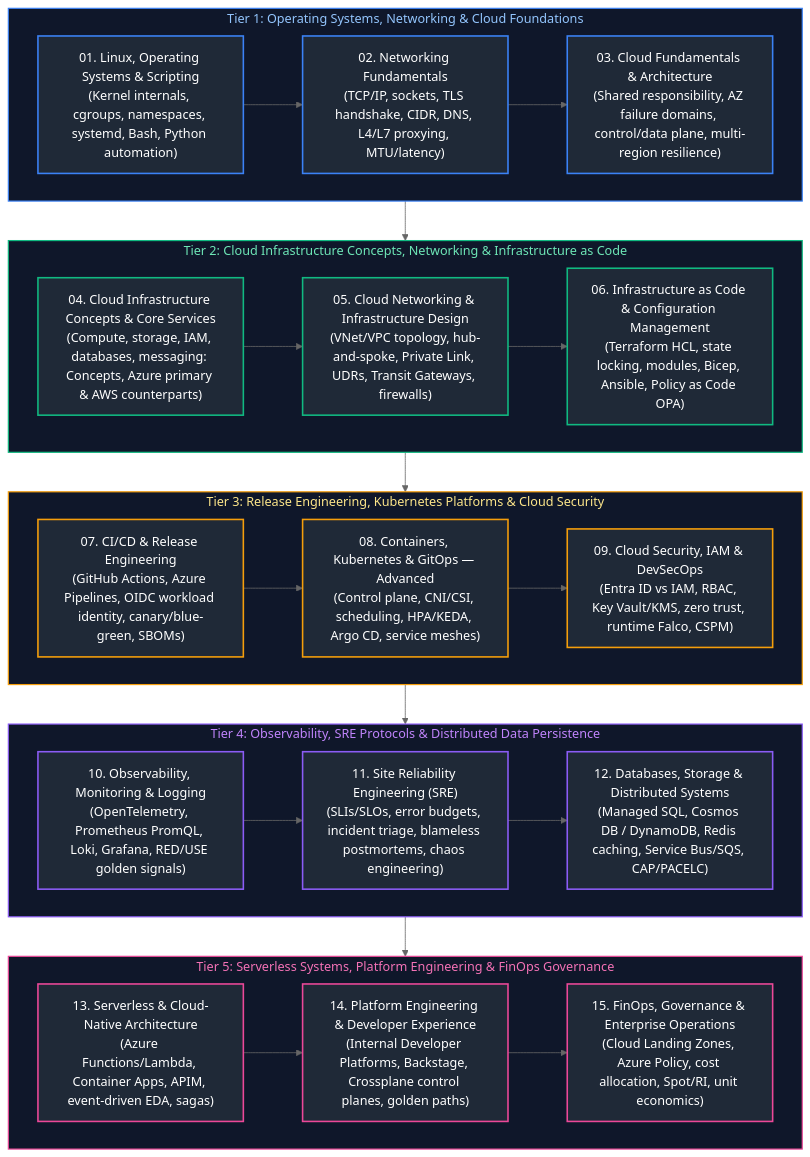
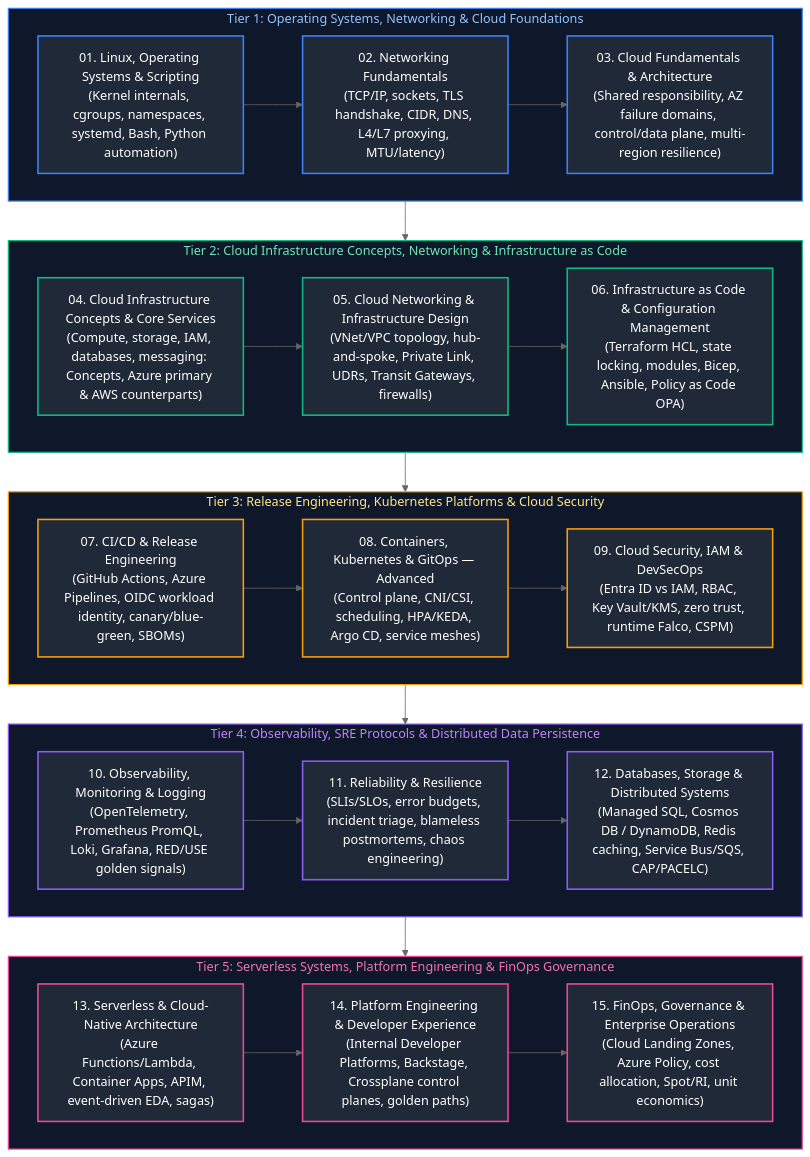
The diagram in Cloud Engineering/00_cloud_study_guide_and_index.md (joydeep-biswas/Interview-Preparation), drawn with Mermaid (neutral theme) before and after one commit. The commit also changed other lines of this file and 143 other files, not shown here.

````diff
--- a/Cloud Engineering/00_cloud_study_guide_and_index.md
+++ b/Cloud Engineering/00_cloud_study_guide_and_index.md
@@ -11,59 +11,59 @@
 ```mermaid
 flowchart TD
     subgraph Tier1 ["Tier 1: Operating Systems, Networking & Cloud Foundations"]
         M1["01. Linux, Operating Systems & Scripting<br/>(Kernel internals, cgroups, namespaces, systemd, Bash, Python automation)"]
         --> M2["02. Networking Fundamentals<br/>(TCP/IP, sockets, TLS handshake, CIDR, DNS, L4/L7 proxying, MTU/latency)"]
         --> M3["03. Cloud Fundamentals & Architecture<br/>(Shared responsibility, AZ failure domains, control/data plane, multi-region resilience)"]
     end
 
     subgraph Tier2 ["Tier 2: Cloud Infrastructure Concepts, Networking & Infrastructure as Code"]
         M4["04. Cloud Infrastructure Concepts & Core Services<br/>(Compute, storage, IAM, databases, messaging: Concepts, Azure primary & AWS counterparts)"]
         --> M5["05. Cloud Networking & Infrastructure Design<br/>(VNet/VPC topology, hub-and-spoke, Private Link, UDRs, Transit Gateways, firewalls)"]
         --> M6["06. Infrastructure as Code & Configuration Management<br/>(Terraform HCL, state locking, modules, Bicep, Ansible, Policy as Code OPA)"]
     end
 
     subgraph Tier3 ["Tier 3: Release Engineering, Kubernetes Platforms & Cloud Security"]
         M7["07. CI/CD & Release Engineering<br/>(GitHub Actions, Azure Pipelines, OIDC workload identity, canary/blue-green, SBOMs)"]
         --> M8["08. Containers, Kubernetes & GitOps — Advanced<br/>(Control plane, CNI/CSI, scheduling, HPA/KEDA, Argo CD, service meshes)"]
         --> M9["09. Cloud Security, IAM & DevSecOps<br/>(Entra ID vs IAM, RBAC, Key Vault/KMS, zero trust, runtime Falco, CSPM)"]
     end
 
     subgraph Tier4 ["Tier 4: Observability, SRE Protocols & Distributed Data Persistence"]
         M10["10. Observability, Monitoring & Logging<br/>(OpenTelemetry, Prometheus PromQL, Loki, Grafana, RED/USE golden signals)"]
-        --> M11["11. Site Reliability Engineering (SRE)<br/>(SLIs/SLOs, error budgets, incident triage, blameless postmortems, chaos engineering)"]
+        --> M11["11. Reliability & Resilience<br/>(SLIs/SLOs, error budgets, incident triage, blameless postmortems, chaos engineering)"]
         --> M12["12. Databases, Storage & Distributed Systems<br/>(Managed SQL, Cosmos DB / DynamoDB, Redis caching, Service Bus/SQS, CAP/PACELC)"]
     end
 
     subgraph Tier5 ["Tier 5: Serverless Systems, Platform Engineering & FinOps Governance"]
         M13["13. Serverless & Cloud-Native Architecture<br/>(Azure Functions/Lambda, Container Apps, APIM, event-driven EDA, sagas)"]
         --> M14["14. Platform Engineering & Developer Experience<br/>(Internal Developer Platforms, Backstage, Crossplane control planes, golden paths)"]
         --> M15["15. FinOps, Governance & Enterprise Operations<br/>(Cloud Landing Zones, Azure Policy, cost allocation, Spot/RI, unit economics)"]
     end
 
     Tier1 --> Tier2
     Tier2 --> Tier3
     Tier3 --> Tier4
     Tier4 --> Tier5
 
     style Tier1 fill:#0f172a,stroke:#3b82f6,stroke-width:1.5px,color:#93c5fd
     style Tier2 fill:#0f172a,stroke:#10b981,stroke-width:1.5px,color:#6ee7b7
     style Tier3 fill:#0f172a,stroke:#f59e0b,stroke-width:1.5px,color:#fde68a
     style Tier4 fill:#0f172a,stroke:#8b5cf6,stroke-width:1.5px,color:#c084fc
     style Tier5 fill:#0f172a,stroke:#ec4899,stroke-width:1.5px,color:#f472b6
 
     style M1 fill:#1f2937,stroke:#3b82f6,stroke-width:2px,color:#fff
     style M2 fill:#1f2937,stroke:#3b82f6,stroke-width:2px,color:#fff
     style M3 fill:#1f2937,stroke:#3b82f6,stroke-width:2px,color:#fff
     style M4 fill:#1f2937,stroke:#10b981,stroke-width:2px,color:#fff
     style M5 fill:#1f2937,stroke:#10b981,stroke-width:2px,color:#fff
     style M6 fill:#1f2937,stroke:#10b981,stroke-width:2px,color:#fff
     style M7 fill:#1f2937,stroke:#f59e0b,stroke-width:2px,color:#fff
     style M8 fill:#1f2937,stroke:#f59e0b,stroke-width:2px,color:#fff
     style M9 fill:#1f2937,stroke:#f59e0b,stroke-width:2px,color:#fff
     style M10 fill:#1f2937,stroke:#8b5cf6,stroke-width:2px,color:#fff
     style M11 fill:#1f2937,stroke:#8b5cf6,stroke-width:2px,color:#fff
     style M12 fill:#1f2937,stroke:#8b5cf6,stroke-width:2px,color:#fff
     style M13 fill:#1f2937,stroke:#ec4899,stroke-width:2px,color:#fff
     style M14 fill:#1f2937,stroke:#ec4899,stroke-width:2px,color:#fff
     style M15 fill:#1f2937,stroke:#ec4899,stroke-width:2px,color:#fff
 ```
````
